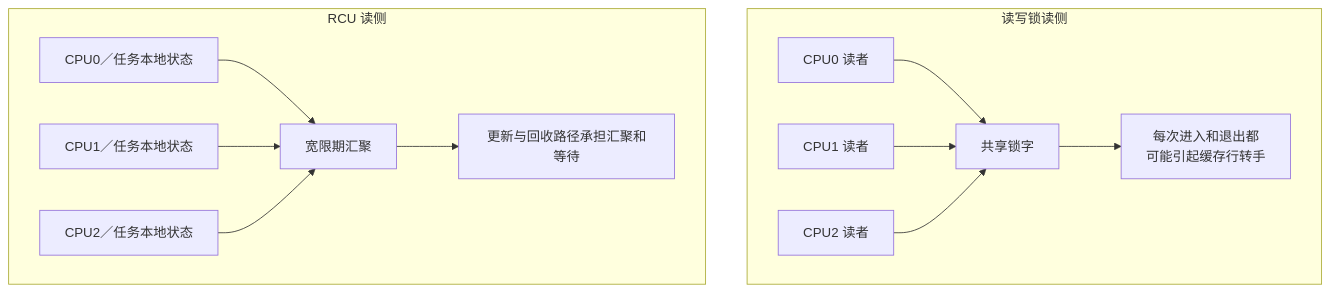
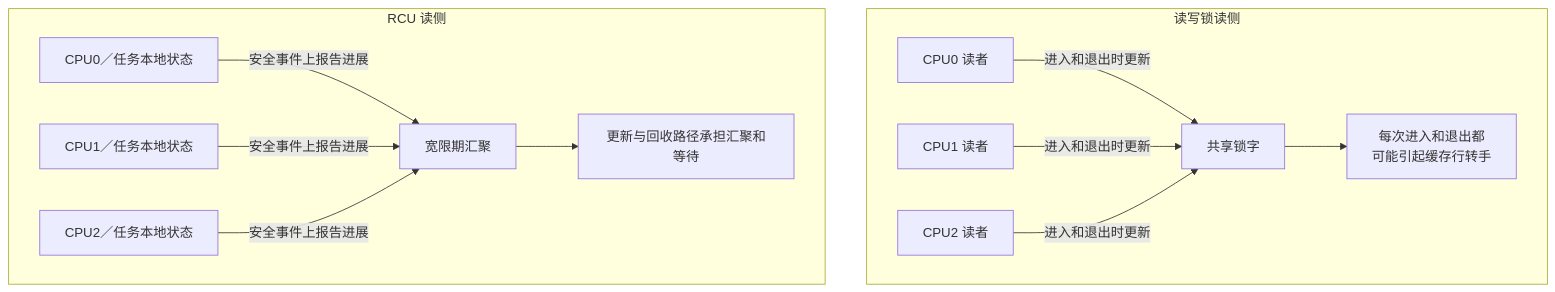
One commit to FormingSystem/linux_note changed the fifth of 10 diagrams in knowledge/linux/synchronization_and_asynchrony/synchronization/rcu/P01_为什么需要_RCU.md. Above: the diagram before and after it, drawn with Mermaid. The commit also changed other lines of this file and 6 other files, not shown here.

````diff
--- a/knowledge/linux/synchronization_and_asynchrony/synchronization/rcu/P01_为什么需要_RCU.md
+++ b/knowledge/linux/synchronization_and_asynchrony/synchronization/rcu/P01_为什么需要_RCU.md
@@ -208,16 +213,16 @@
 ```mermaid
 flowchart TB
     subgraph RW[读写锁读侧]
-        R0[CPU0 读者] --> S[共享锁字]
-        R1[CPU1 读者] --> S
-        R2[CPU2 读者] --> S
+        R0[CPU0 读者] -->|进入和退出时更新| S[共享锁字]
+        R1[CPU1 读者] -->|进入和退出时更新| S
+        R2[CPU2 读者] -->|进入和退出时更新| S
         S --> B[每次进入和退出都<br/>可能引起缓存行转手]
     end
 
     subgraph RCU[RCU 读侧]
-        U0[CPU0／任务本地状态] --> G[宽限期汇聚]
-        U1[CPU1／任务本地状态] --> G
-        U2[CPU2／任务本地状态] --> G
+        U0[CPU0／任务本地状态] -->|安全事件上报告进展| G[宽限期汇聚]
+        U1[CPU1／任务本地状态] -->|安全事件上报告进展| G
+        U2[CPU2／任务本地状态] -->|安全事件上报告进展| G
         G --> D[更新与回收路径承担汇聚和等待]
     end
 ```
````
